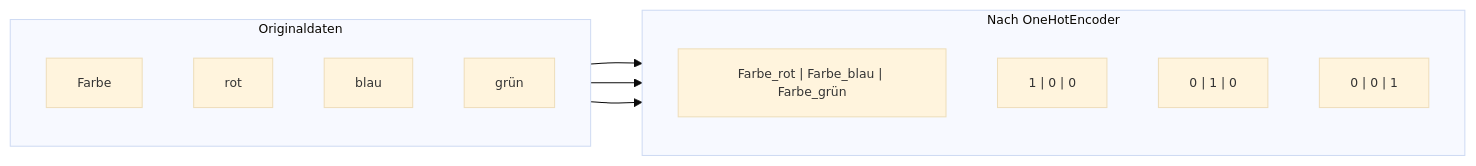
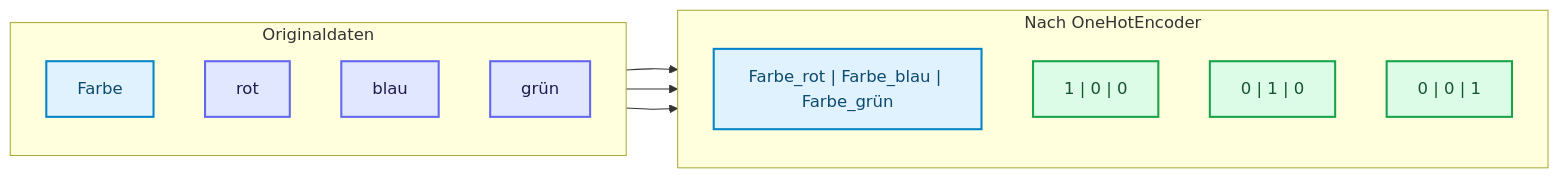
Before and after one commit to ralf-42/ML_Intro: the fourth of 6 diagrams in docs/concepts/prepare/kodierung_kategorialer_daten.md, drawn with Mermaid. The commit also changed other lines of this file and 49 other files, not shown here.

````diff
--- a/docs/concepts/prepare/kodierung_kategorialer_daten.md
+++ b/docs/concepts/prepare/kodierung_kategorialer_daten.md
@@ -166,23 +172,29 @@
 ```mermaid
-%%{init: {'theme': 'base', 'themeVariables': {'fontSize': '12px'}}}%%
 flowchart LR
     subgraph Vorher["Originaldaten"]
         direction TB
         F["Farbe"]
         F1["rot"]
         F2["blau"]
         F3["grün"]
     end
     
     subgraph Nachher["Nach OneHotEncoder"]
         direction TB
         H["Farbe_rot | Farbe_blau | Farbe_grün"]
         H1["1 | 0 | 0"]
         H2["0 | 1 | 0"]
         H3["0 | 0 | 1"]
     end
     
     F1 --> H1
     F2 --> H2
     F3 --> H3
+
+    classDef default fill:#e0f2fe,stroke:#0284c7,stroke-width:2px,color:#0c4a6e;
+    classDef input fill:#e0e7ff,stroke:#6366f1,stroke-width:2px,color:#1e1b4b;
+    classDef output fill:#dcfce7,stroke:#16a34a,stroke-width:2px,color:#14532d;
+
+    class F1,F2,F3 input;
+    class H1,H2,H3 output;
 ```
````
